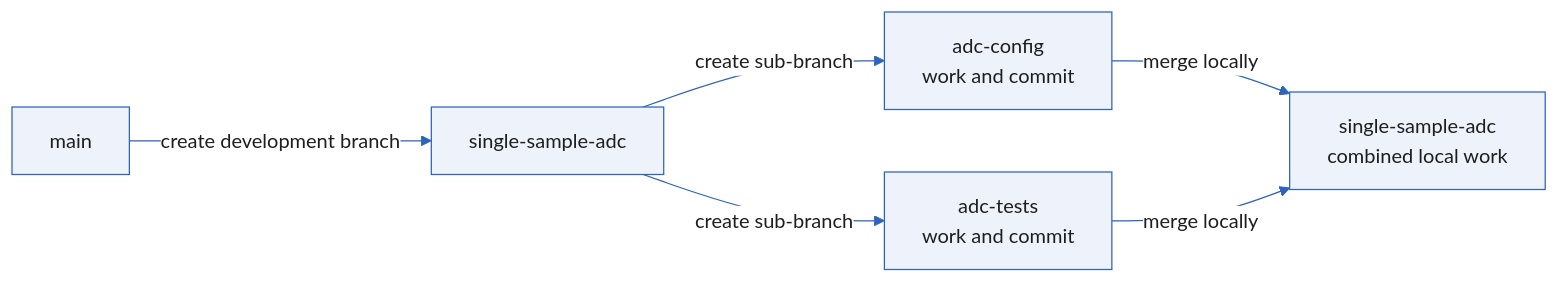
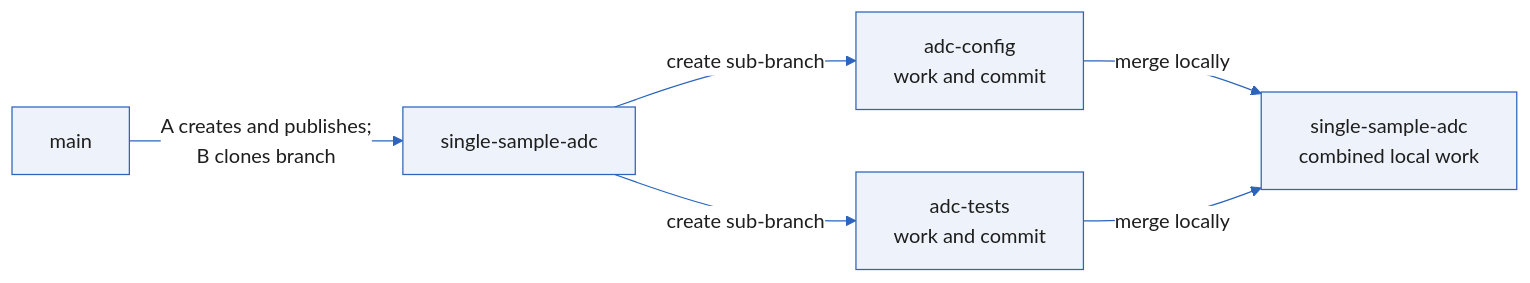
The third of 5 diagrams in slides/git-fundamentals.qmd (mlp6/Embedded-Medical-Devices), drawn with Mermaid before and after one commit. The commit also changed other lines of this file and 1 other file, not shown here.

Commit message:
change to use one student repo instead of 2 forks

````diff
--- a/slides/git-fundamentals.qmd
+++ b/slides/git-fundamentals.qmd
@@ -462,17 +461,17 @@
 ```{mermaid}
 %%{init: {"theme": "base", "themeVariables": {"primaryColor": "#eef3fb", "primaryBorderColor": "#2d63ba", "primaryTextColor": "#1e1e1e", "lineColor": "#2d63ba", "edgeLabelBackground": "#ffffff"}}}%%
 flowchart LR
     accTitle: Local development branches for each student
-    accDescr: Each student creates single-sample-adc from main, creates adc-config and adc-tests from single-sample-adc, and merges both sub-branches locally back into single-sample-adc.
+    accDescr: Student A creates and publishes single-sample-adc from main, and Student B clones that published branch. In their own local clones, students create task sub-branches such as adc-config and adc-tests from single-sample-adc and merge their sub-branches locally back into single-sample-adc before sharing changes.
     Main["main"]
     Dev["single-sample-adc"]
     FeatureA["adc-config<br/>work and commit"]
     FeatureB["adc-tests<br/>work and commit"]
     Integrated["single-sample-adc<br/>combined local work"]
 
-    Main -->|"create development branch"| Dev
+    Main -->|"A creates and publishes;<br/>B clones branch"| Dev
     Dev -->|"create sub-branch"| FeatureA
     Dev -->|"create sub-branch"| FeatureB
     FeatureA -->|"merge locally"| Integrated
     FeatureB -->|"merge locally"| Integrated
 ```
````
